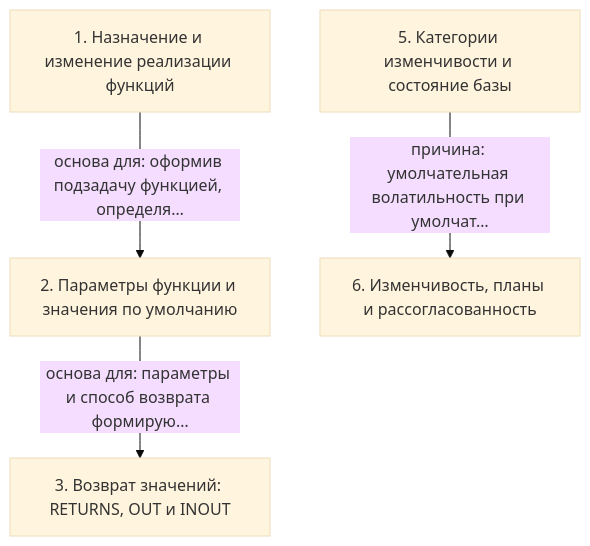
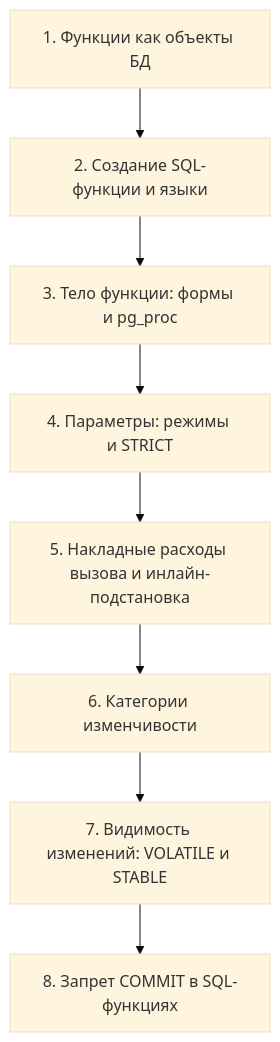
Before and after one commit to AsoloCode/notes: the diagram in postgres-dev1/09 - DEV1-16. 08. Функции/notes.md, drawn with Mermaid (base theme). The commit also changed other lines of this file and 503 other files, not shown here.

First line of the commit message:
Обновить конспекты PostgreSQL (QPT-16, DEV1-16): слайды, схемы, факт-чек

````diff
--- a/postgres-dev1/09 - DEV1-16. 08. Функции/notes.md
+++ b/postgres-dev1/09 - DEV1-16. 08. Функции/notes.md
@@ -105,11 +385,18 @@
 ```mermaid
 flowchart TD
-    n1["1. Назначение и изменение реализации функций"]
-    n2["2. Параметры функции и значения по умолчанию"]
-    n3["3. Возврат значений: RETURNS, OUT и INOUT"]
-    n5["5. Категории изменчивости и состояние базы"]
-    n6["6. Изменчивость, планы и рассогласованность"]
-    n1 -->|основа для: оформив подзадачу функцией, определя…| n2
-    n2 -->|основа для: параметры и способ возврата формирую…| n3
-    n5 -->|причина: умолчательная волатильность при умолчат…| n6
+    n1["1. Функции как объекты БД"]
+    n2["2. Создание SQL-функции и языки"]
+    n3["3. Тело функции: формы и pg_proc"]
+    n4["4. Параметры: режимы и STRICT"]
+    n5["5. Накладные расходы вызова и инлайн-подстановка"]
+    n6["6. Категории изменчивости"]
+    n7["7. Видимость изменений: VOLATILE и STABLE"]
+    n8["8. Запрет COMMIT в SQL-функциях"]
+    n1 --> n2
+    n2 --> n3
+    n3 --> n4
+    n4 --> n5
+    n5 --> n6
+    n6 --> n7
+    n7 --> n8
 ```
````
